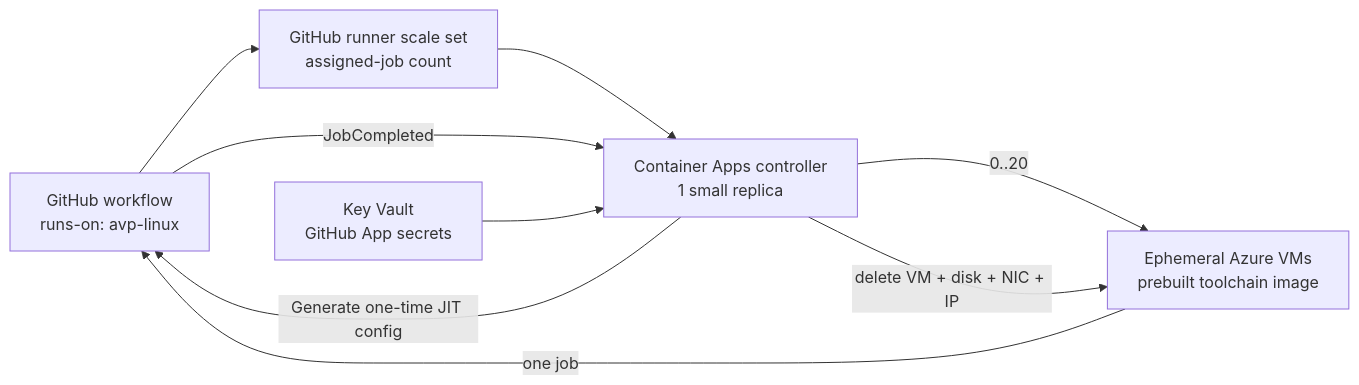
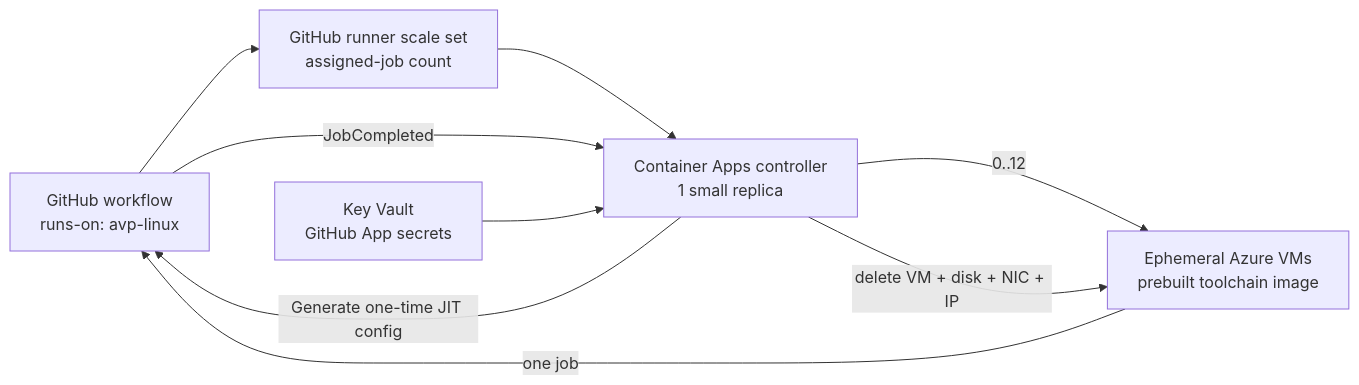
Before and after one commit to dansiegel/github-actions-runners: the diagram in README.md, drawn with Mermaid. The commit also changed other lines of this file and 10 other files, not shown here.

````diff
--- a/README.md
+++ b/README.md
@@ -17,11 +17,11 @@
 ```mermaid
 flowchart LR
     G["GitHub workflow<br/>runs-on: avp-linux"] --> S["GitHub runner scale set<br/>assigned-job count"]
     S --> C["Container Apps controller<br/>1 small replica"]
     C -->|"Generate one-time JIT config"| G
-    C -->|"0..20"| V["Ephemeral Azure VMs<br/>prebuilt toolchain image"]
+    C -->|"0..12"| V["Ephemeral Azure VMs<br/>prebuilt toolchain image"]
     V -->|"one job"| G
     G -->|"JobCompleted"| C
     C -->|"delete VM + disk + NIC + IP"| V
     K["Key Vault<br/>GitHub App secrets"] --> C
 ```
````
